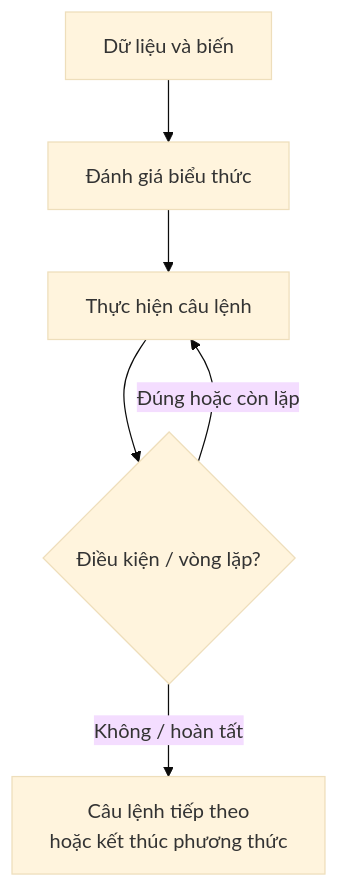
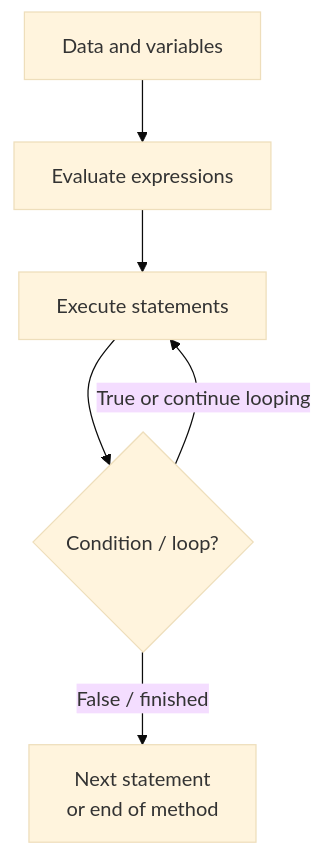
The diagram in module/platform/development/programming/language/java/core/language-basics/content/knowledge/en/1.language-overview/language-overview-004.md (phuongnguyenit93/learning-platform-data), drawn with Mermaid (base theme) before and after one commit. The commit also changed other lines of this file and 2307 other files, not shown here.

```diff
--- a/module/platform/development/programming/language/java/core/language-basics/content/knowledge/en/1.language-overview/language-overview-004.md
+++ b/module/platform/development/programming/language/java/core/language-basics/content/knowledge/en/1.language-overview/language-overview-004.md
@@ -27,8 +27,8 @@
 ~~~mermaid
 flowchart TD
-    DATA["Dữ liệu và biến"] --> EXP["Đánh giá biểu thức"]
-    EXP --> STMT["Thực hiện câu lệnh"]
-    STMT --> DEC{"Điều kiện / vòng lặp?"}
-    DEC -->|"Đúng hoặc còn lặp"| STMT
-    DEC -->|"Không / hoàn tất"| END["Câu lệnh tiếp theo<br/>hoặc kết thúc phương thức"]
+    DATA["Data and variables"] --> EXP["Evaluate expressions"]
+    EXP --> STMT["Execute statements"]
+    STMT --> DEC{"Condition / loop?"}
+    DEC -->|"True or continue looping"| STMT
+    DEC -->|"False / finished"| END["Next statement<br/>or end of method"]
 ~~~
```
